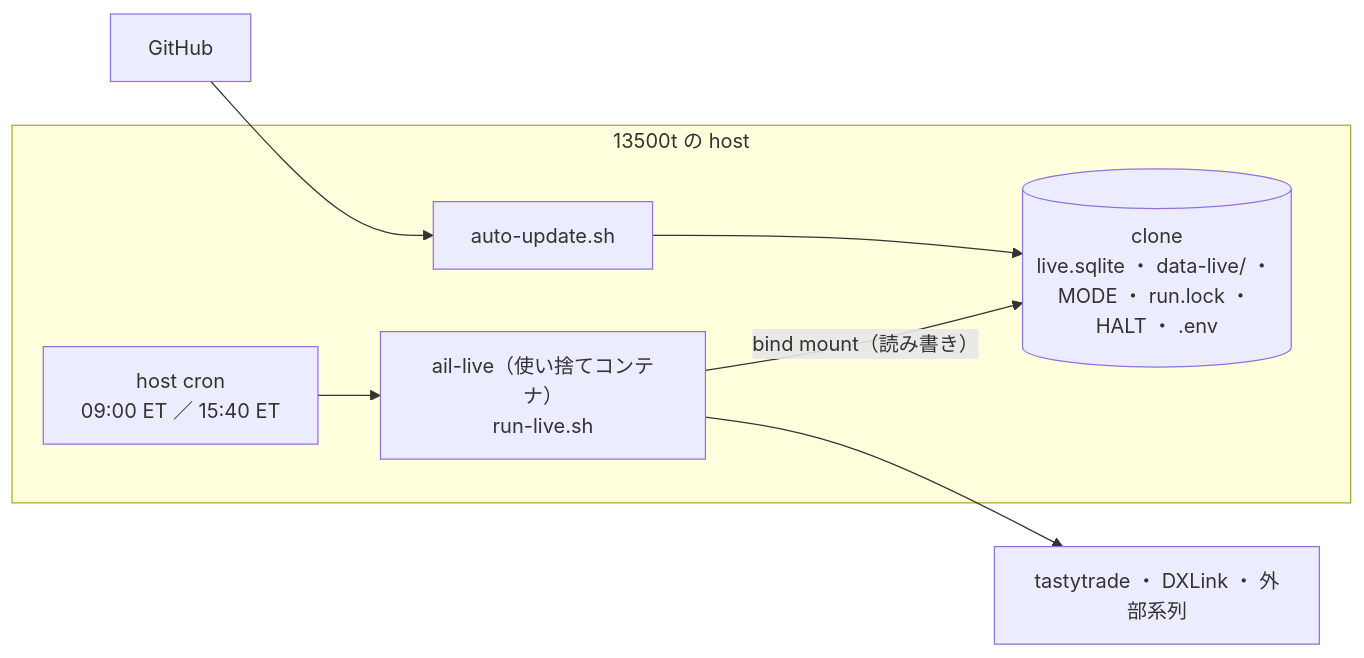
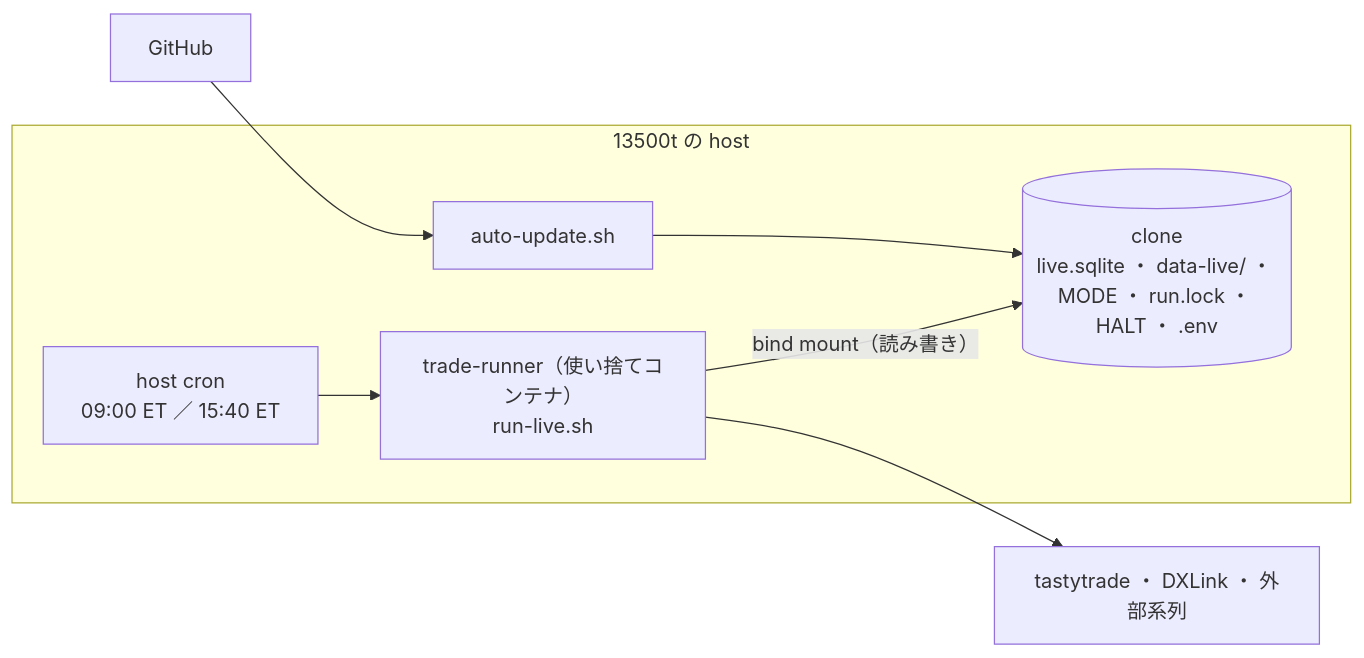
Before and after one commit to akiraak/ai-income-lab: diagram 13 of 17 in docs/specs/experiments/live-trading.md, drawn with Mermaid. The commit also changed other lines of this file and 6 other files, not shown here.

````diff
--- a/docs/specs/experiments/live-trading.md
+++ b/docs/specs/experiments/live-trading.md
@@ -835,11 +835,11 @@
 ```mermaid
 flowchart LR
   subgraph H["13500t の host"]
-    CRON["host cron<br/>09:00 ET ／ 15:40 ET"] --> RUN["ail-live（使い捨てコンテナ）<br/>run-live.sh"]
+    CRON["host cron<br/>09:00 ET ／ 15:40 ET"] --> RUN["trade-runner（使い捨てコンテナ）<br/>run-live.sh"]
     AU["auto-update.sh"] --> CL
     CL[("clone<br/>live.sqlite ・ data-live/ ・ MODE ・ run.lock ・ HALT ・ .env")]
     RUN -- "bind mount（読み書き）" --> CL
   end
   G[GitHub] --> AU
   RUN --> TT["tastytrade ・ DXLink ・ 外部系列"]
 ```
````
